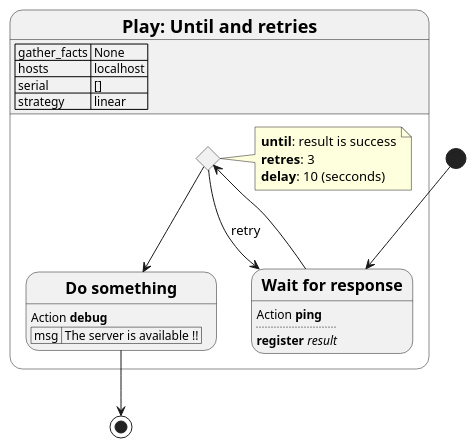
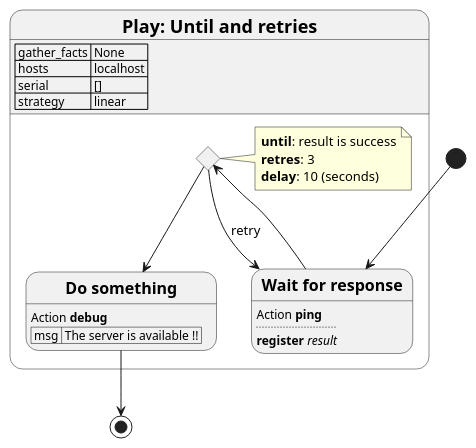
The diagram in test_playbook/expects/book_9_until_and_retry.puml (teramako/playbook2uml), drawn with PlantUML before and after one commit. The commit also changed 3 other files, not shown here.

```diff
--- a/test_playbook/expects/book_9_until_and_retry.puml
+++ b/test_playbook/expects/book_9_until_and_retry.puml
@@ -1,26 +1,26 @@
 @startuml
 state "= Play: Until and retries" as play_1 {
     play_1 : | gather_facts | None |
     play_1 : | hosts | localhost |
     play_1 : | serial | [] |
     play_1 : | strategy | linear |
     state "== Wait for response" as task_1
     task_1 : Action **ping**
     task_1 : ....
     task_1 : **register** //result//
     state task_1_until <<choice>>
     note right of task_1_until
         **until**: result is success
         **retres**: 3
-        **delay**: 10 (secconds)
+        **delay**: 10 (seconds)
     end note
     state "== Do something" as task_2
     task_2 : Action **debug**
     task_2 : | msg | The server is available !! |
 }
 [*] --> task_1
 task_1_until --> task_2
 task_1 --> task_1_until
 task_1_until --> task_1 : retry
 task_2 --> [*]
 @enduml
```
